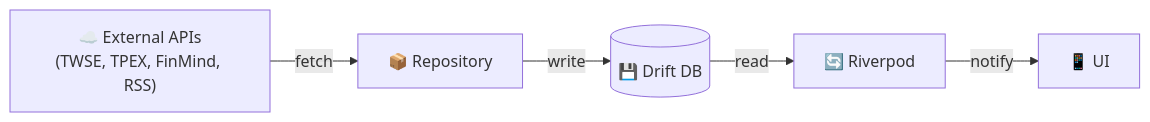
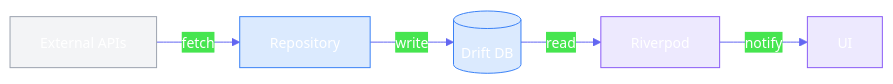
One commit to Neal75418/afterclose changed the third of 4 diagrams in CLAUDE.md. Above: the diagram before and after it, drawn with Mermaid. The commit also changed other lines of this file and 4 other files, not shown here.

First line of the commit message:
docs: unify markdown style with professional Mermaid diagrams

````diff
--- a/CLAUDE.md
+++ b/CLAUDE.md
@@ -87,13 +98,20 @@
 ```mermaid
+%%{init: {'theme': 'base', 'themeVariables': {'primaryColor': '#4F46E5', 'primaryTextColor': '#fff', 'primaryBorderColor': '#3730A3', 'lineColor': '#6366F1', 'fontSize': '14px'}}}%%
 flowchart LR
-    API["☁️ External APIs<br/>(TWSE, TPEX, FinMind, RSS)"]
-    Repo["📦 Repository"]
-    DB[("💾 Drift DB")]
-    Provider["🔄 Riverpod"]
-    UI["📱 UI"]
+    API["External APIs"]
+    Repo["Repository"]
+    DB[("Drift DB")]
+    Provider["Riverpod"]
+    UI["UI"]
 
     API -->|fetch| Repo
     Repo -->|write| DB
     DB -->|read| Provider
     Provider -->|notify| UI
+
+    style API fill:#F3F4F6,stroke:#9CA3AF
+    style Repo fill:#DBEAFE,stroke:#3B82F6
+    style DB fill:#DBEAFE,stroke:#3B82F6
+    style Provider fill:#EDE9FE,stroke:#8B5CF6
+    style UI fill:#EDE9FE,stroke:#8B5CF6
 ```
````
